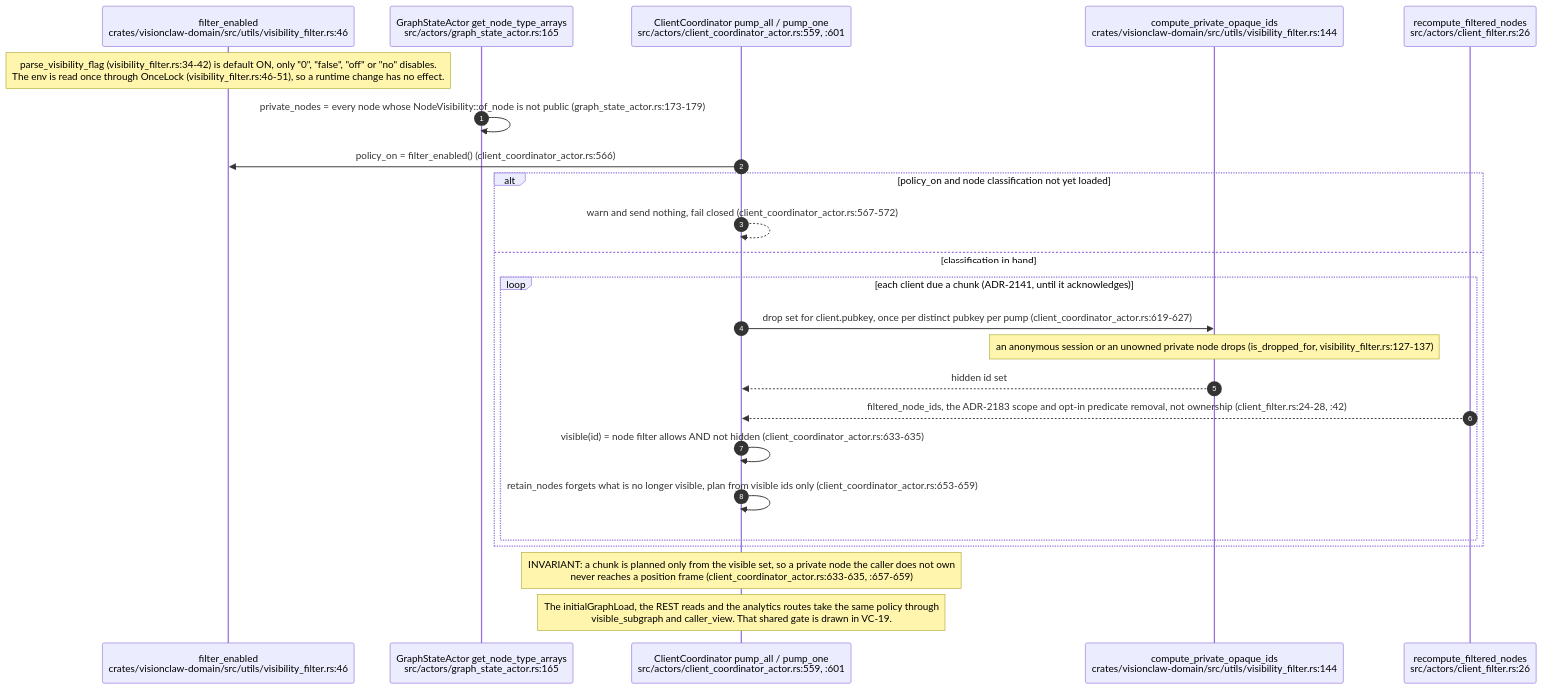
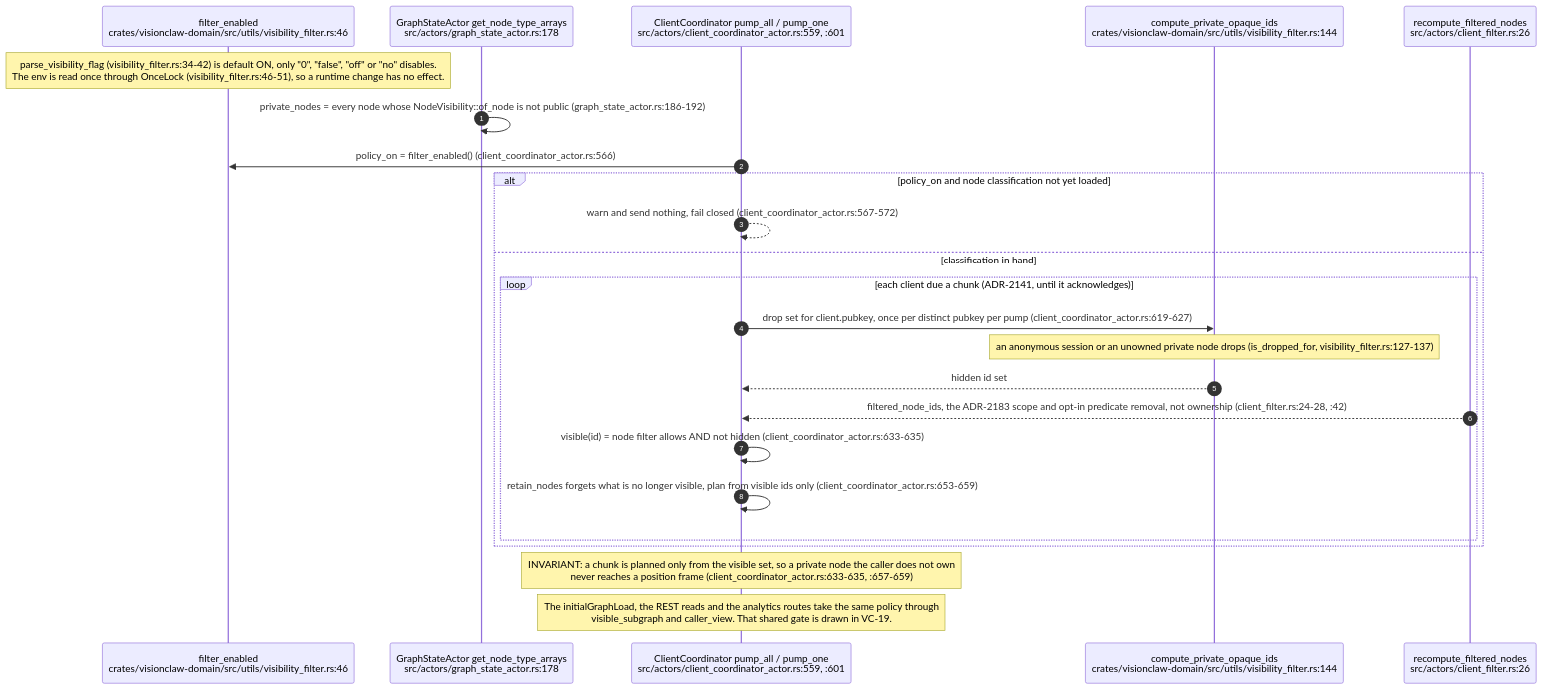
One commit to DreamLab-AI/VisionFlow changed the ninth of 15 diagrams in docs/diagrams/visionclaw/03-request-lifecycle-and-rbac.md. Above: the diagram before and after it, drawn with Mermaid. The commit also changed other lines of this file and 7 other files, not shown here.

````diff
--- a/docs/diagrams/visionclaw/03-request-lifecycle-and-rbac.md
+++ b/docs/diagrams/visionclaw/03-request-lifecycle-and-rbac.md
@@ -470,27 +481,27 @@
 ```mermaid
 sequenceDiagram
     autonumber
     participant EF as filter_enabled<br/>crates/visionclaw-domain/src/utils/visibility_filter.rs:46
-    participant GS as GraphStateActor get_node_type_arrays<br/>src/actors/graph_state_actor.rs:165
+    participant GS as GraphStateActor get_node_type_arrays<br/>src/actors/graph_state_actor.rs:178
     participant CC as ClientCoordinator pump_all / pump_one<br/>src/actors/client_coordinator_actor.rs:559, :601
     participant VF as compute_private_opaque_ids<br/>crates/visionclaw-domain/src/utils/visibility_filter.rs:144
     participant CF as recompute_filtered_nodes<br/>src/actors/client_filter.rs:26
 
     Note over EF: parse_visibility_flag (visibility_filter.rs:34-42) is default ON, only "0", "false", "off" or "no" disables.<br/>The env is read once through OnceLock (visibility_filter.rs:46-51), so a runtime change has no effect.
-    GS->>GS: private_nodes = every node whose NodeVisibility::of_node is not public (graph_state_actor.rs:173-179)
+    GS->>GS: private_nodes = every node whose NodeVisibility::of_node is not public (graph_state_actor.rs:186-192)
     CC->>EF: policy_on = filter_enabled() (client_coordinator_actor.rs:566)
     alt policy_on and node classification not yet loaded
         CC-->>CC: warn and send nothing, fail closed (client_coordinator_actor.rs:567-572)
     else classification in hand
         loop each client due a chunk (ADR-2141, until it acknowledges)
             CC->>VF: drop set for client.pubkey, once per distinct pubkey per pump (client_coordinator_actor.rs:619-627)
             Note over VF: an anonymous session or an unowned private node drops (is_dropped_for, visibility_filter.rs:127-137)
             VF-->>CC: hidden id set
             CF-->>CC: filtered_node_ids, the ADR-2183 scope and opt-in predicate removal, not ownership (client_filter.rs:24-28, :42)
             CC->>CC: visible(id) = node filter allows AND not hidden (client_coordinator_actor.rs:633-635)
             CC->>CC: retain_nodes forgets what is no longer visible, plan from visible ids only (client_coordinator_actor.rs:653-659)
         end
     end
     Note over CC: INVARIANT: a chunk is planned only from the visible set, so a private node the caller does not own<br/>never reaches a position frame (client_coordinator_actor.rs:633-635, :657-659)
     Note over CC: The initialGraphLoad, the REST reads and the analytics routes take the same policy through<br/>visible_subgraph and caller_view. That shared gate is drawn in VC-19.
 ```
````
